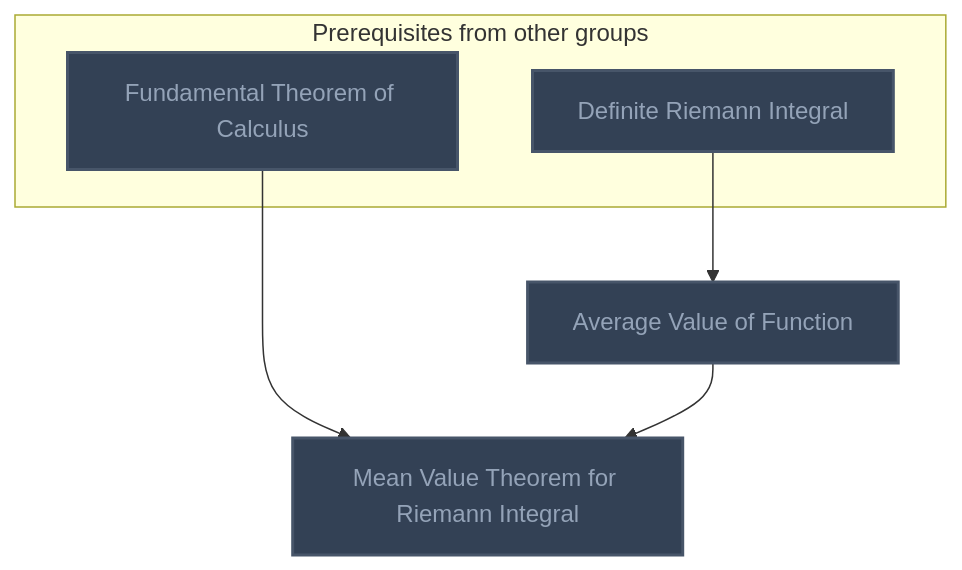
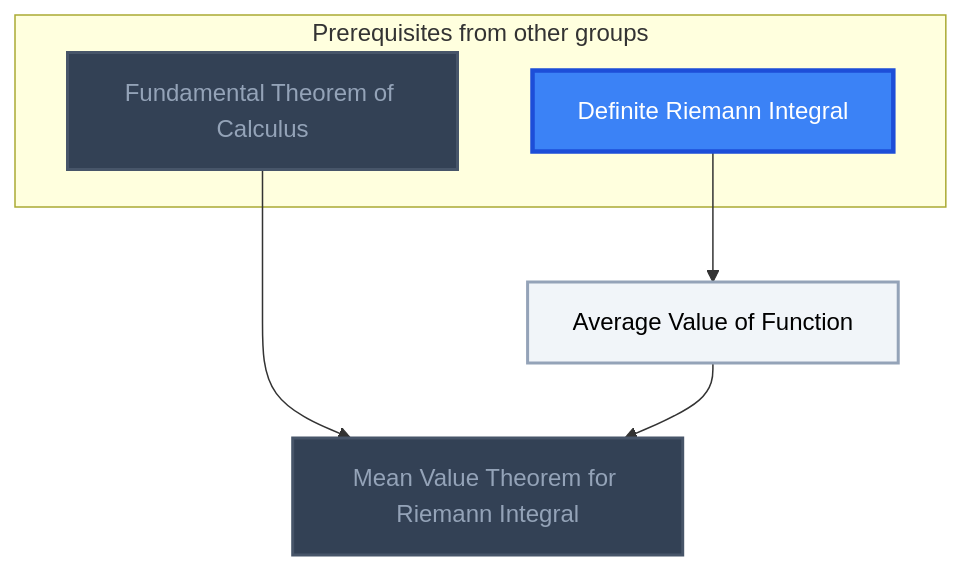
The fifth of 12 diagrams in Gamification/Skill Trees/Calculus.md (MRauf1/My-Notes), drawn with Mermaid before and after one commit. The commit also changed other lines of this file and 156 other files, not shown here.

````diff
--- a/Gamification/Skill Trees/Calculus.md
+++ b/Gamification/Skill Trees/Calculus.md
@@ -516,23 +527,25 @@
 ```mermaid
 flowchart TD
     classDef planned fill:#1E293B,stroke:#64748B,stroke-width:2px,stroke-dasharray:5 5,color:#94A3B8;
     classDef locked fill:#334155,stroke:#475569,stroke-width:2px,color:#94A3B8;
     classDef L0 fill:#F1F5F9,stroke:#94A3B8,stroke-width:2px,color:#000000;
     classDef L1 fill:#22C55E,stroke:#15803D,stroke-width:2px,color:#000000;
     classDef L2 fill:#3B82F6,stroke:#1D4ED8,stroke-width:3px,color:#FFFFFF;
     classDef L3 fill:#A855F7,stroke:#6B21A8,stroke-width:3px,color:#FFFFFF,font-weight:bold;
     classDef L4 fill:#F97316,stroke:#C2410C,stroke-width:4px,color:#000000,font-weight:bold;
     classDef L5 fill:#FFD700,stroke:#FF8C00,stroke-width:5px,color:#000000,font-weight:bold;
     classDef rusty stroke:#8B4513,stroke-width:4px,stroke-dasharray:3 3;
     subgraph sg_prereqs["Prerequisites from other groups"]
         n_definite_riemann_integral["Definite Riemann Integral"]
         n_fundamental_theorem_of_calculus["Fundamental Theorem of Calculus"]
     end
     n_average_value_of_function["Average Value of Function"]
     n_mean_value_theorem_for_riemann_integral["Mean Value Theorem for Riemann Integral"]
     n_definite_riemann_integral --> n_average_value_of_function
     n_fundamental_theorem_of_calculus --> n_mean_value_theorem_for_riemann_integral
     n_average_value_of_function --> n_mean_value_theorem_for_riemann_integral
-    class n_definite_riemann_integral,n_fundamental_theorem_of_calculus,n_average_value_of_function,n_mean_value_theorem_for_riemann_integral locked;
+    class n_fundamental_theorem_of_calculus,n_mean_value_theorem_for_riemann_integral locked;
+    class n_average_value_of_function L0;
+    class n_definite_riemann_integral L2;
     class n_definite_riemann_integral,n_fundamental_theorem_of_calculus,n_average_value_of_function,n_mean_value_theorem_for_riemann_integral internal-link;
 ```
````
